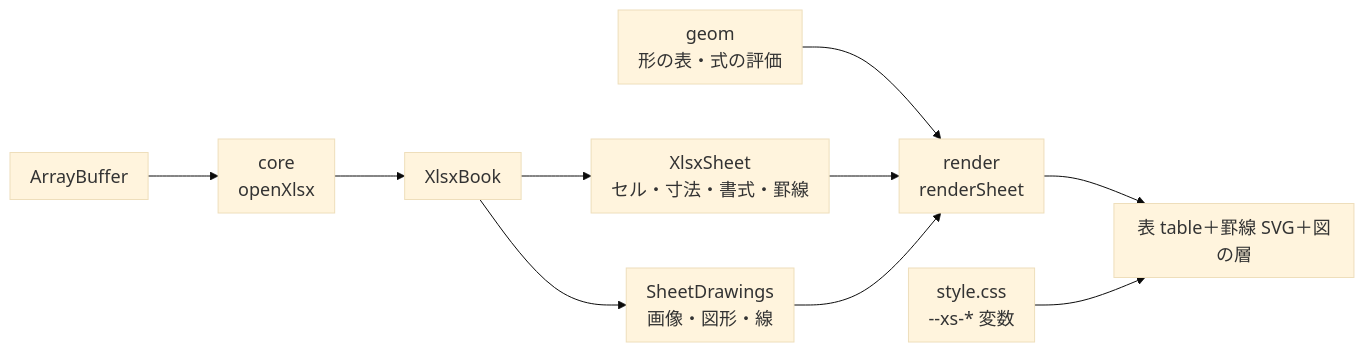
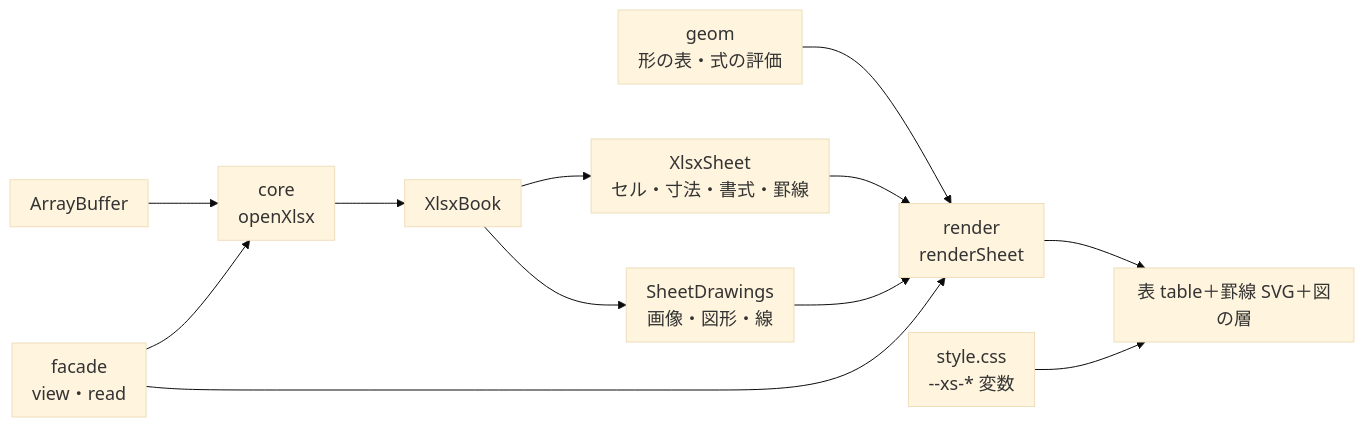
Before and after one commit to TaekangKwon/XSheet: the diagram in docs/02_architecture.md, drawn with Mermaid. The commit also changed other lines of this file and 47 other files, not shown here.

````diff
--- a/docs/02_architecture.md
+++ b/docs/02_architecture.md
@@ -18,13 +19,15 @@
 ```mermaid
 %%{init: {'theme':'base','themeVariables':{'fontSize':'18px'},'flowchart':{'useMaxWidth':false,'nodeSpacing':55,'rankSpacing':70,'padding':10}}}%%
 flowchart LR
   F[ArrayBuffer] --> C[core<br/>openXlsx]
   C --> B[XlsxBook]
   B --> S[XlsxSheet<br/>セル・寸法・書式・罫線]
   B --> D[SheetDrawings<br/>画像・図形・線]
   G[geom<br/>形の表・式の評価] --> R
   S --> R[render<br/>renderSheet]
   D --> R
   R --> V[表 table＋罫線 SVG＋図の層]
   CSS[style.css<br/>--xs-* 変数] --> V
+  P[facade<br/>view・read] --> C
+  P --> R
 ```
````
